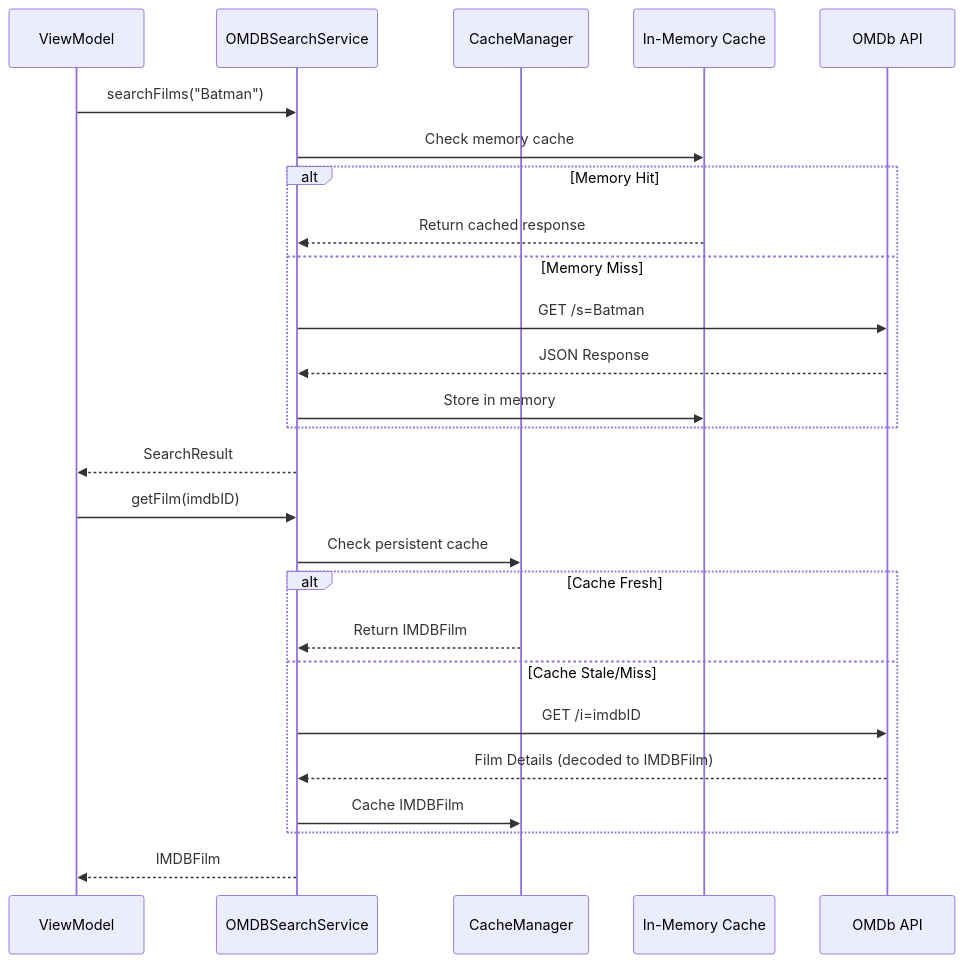
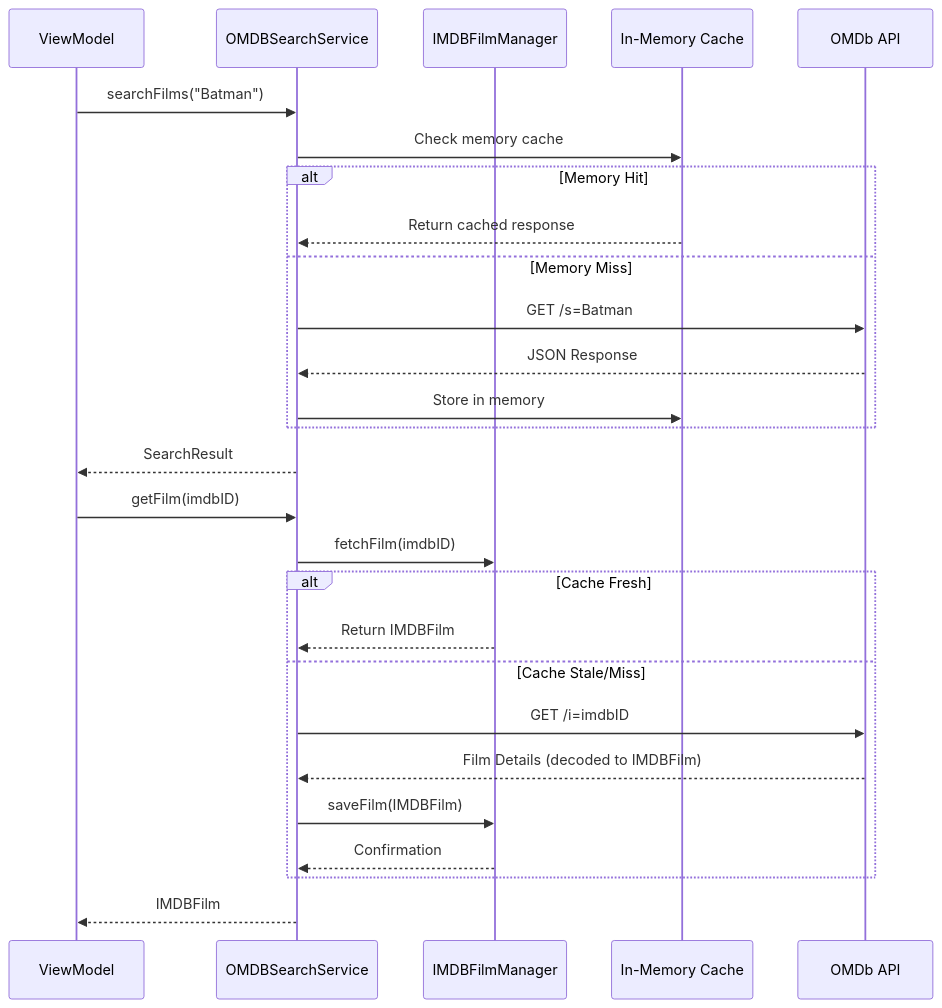
Before and after one commit to tillg/filmz2: the eighth of 12 diagrams in docs/ARCHITECTURE.md, drawn with Mermaid. The commit also changed other lines of this file, not shown here.

Commit message:
Clarified the interaction between OMDBSearchService and IMDBFilmManager in Architecture

````diff
--- a/docs/ARCHITECTURE.md
+++ b/docs/ARCHITECTURE.md
@@ -338,34 +387,35 @@
 ```mermaid
 sequenceDiagram
     participant VM as ViewModel
     participant OS as OMDBSearchService
-    participant Cache as CacheManager
+    participant IFM as IMDBFilmManager
     participant Mem as In-Memory Cache
     participant API as OMDb API
 
     VM->>OS: searchFilms("Batman")
     OS->>Mem: Check memory cache
 
     alt Memory Hit
         Mem-->>OS: Return cached response
     else Memory Miss
         OS->>API: GET /s=Batman
         API-->>OS: JSON Response
         OS->>Mem: Store in memory
     end
 
     OS-->>VM: SearchResult
 
     VM->>OS: getFilm(imdbID)
-    OS->>Cache: Check persistent cache
+    OS->>IFM: fetchFilm(imdbID)
 
     alt Cache Fresh
-        Cache-->>OS: Return IMDBFilm
+        IFM-->>OS: Return IMDBFilm
     else Cache Stale/Miss
         OS->>API: GET /i=imdbID
         API-->>OS: Film Details (decoded to IMDBFilm)
-        OS->>Cache: Cache IMDBFilm
+        OS->>IFM: saveFilm(IMDBFilm)
+        IFM-->>OS: Confirmation
     end
 
     OS-->>VM: IMDBFilm
 ```
````
